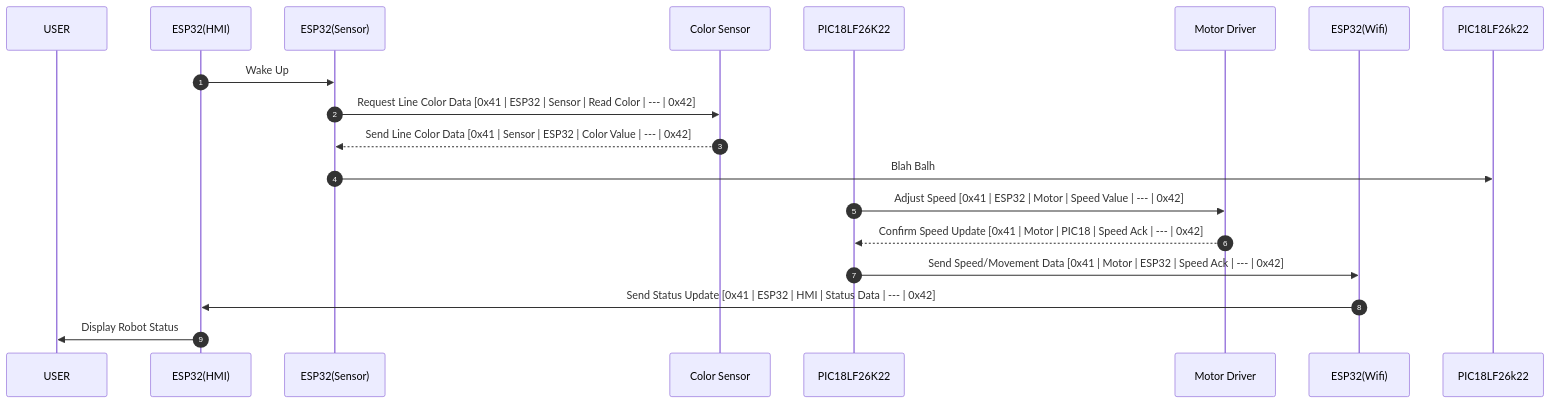
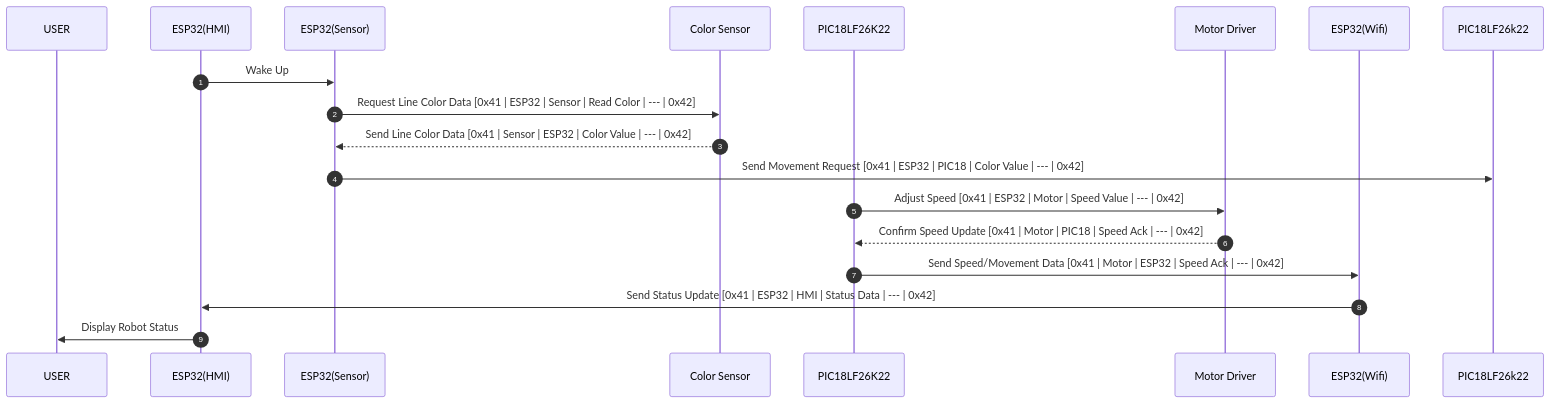
Before and after one commit to ASU-EGR314-2025-S-305/ASU-EGR314-2025-S-305.github.io: the second of 2 diagrams in docs/Block-Diagram.md, drawn with Mermaid.

````diff
--- a/docs/Block-Diagram.md
+++ b/docs/Block-Diagram.md
@@ -126,21 +126,21 @@
 ```mermaid
 sequenceDiagram
     autonumber
     participant USER
     participant ESP32(HMI)
     participant ESP32(Sensor)
     participant Color Sensor
     participant PIC18LF26K22
     participant Motor Driver
     participant ESP32(Wifi)
 
     ESP32(HMI)->>ESP32(Sensor): Wake Up
     ESP32(Sensor)->>Color Sensor: Request Line Color Data [0x41 | ESP32 | Sensor | Read Color | --- | 0x42]
     Color Sensor-->>ESP32(Sensor): Send Line Color Data [0x41 | Sensor | ESP32 | Color Value | --- | 0x42]
-    ESP32(Sensor)->>PIC18LF26k22: Blah Balh
+    ESP32(Sensor)->>PIC18LF26k22: Send Movement Request [0x41 | ESP32 | PIC18 | Color Value | --- | 0x42]
     PIC18LF26K22->>Motor Driver: Adjust Speed [0x41 | ESP32 | Motor | Speed Value | --- | 0x42]
     Motor Driver-->>PIC18LF26K22: Confirm Speed Update [0x41 | Motor | PIC18 | Speed Ack | --- | 0x42]
     PIC18LF26K22->>ESP32(Wifi): Send Speed/Movement Data [0x41 | Motor | ESP32 | Speed Ack | --- | 0x42]
     ESP32(Wifi)->>ESP32(HMI): Send Status Update [0x41 | ESP32 | HMI | Status Data | --- | 0x42]
     ESP32(HMI)->>USER: Display Robot Status
 ```
````
